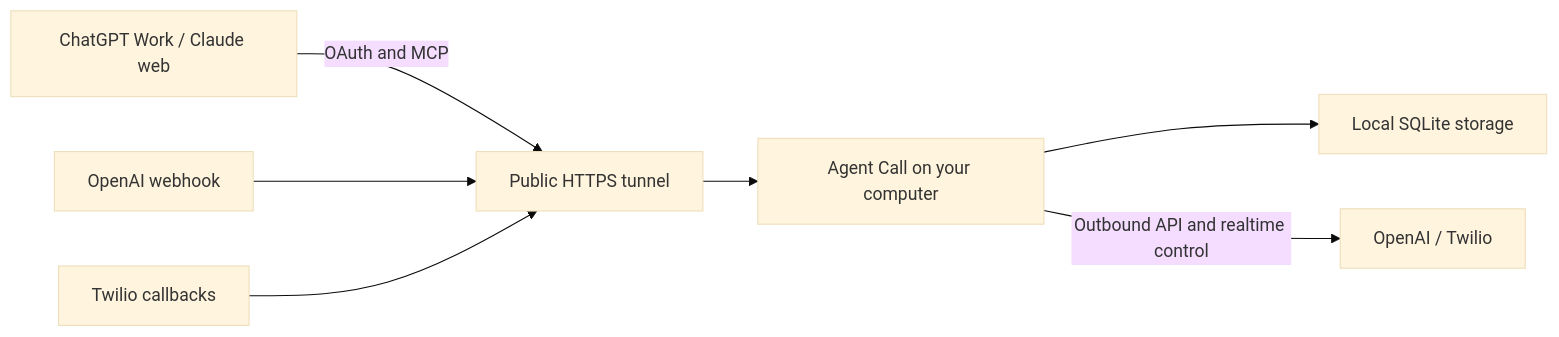
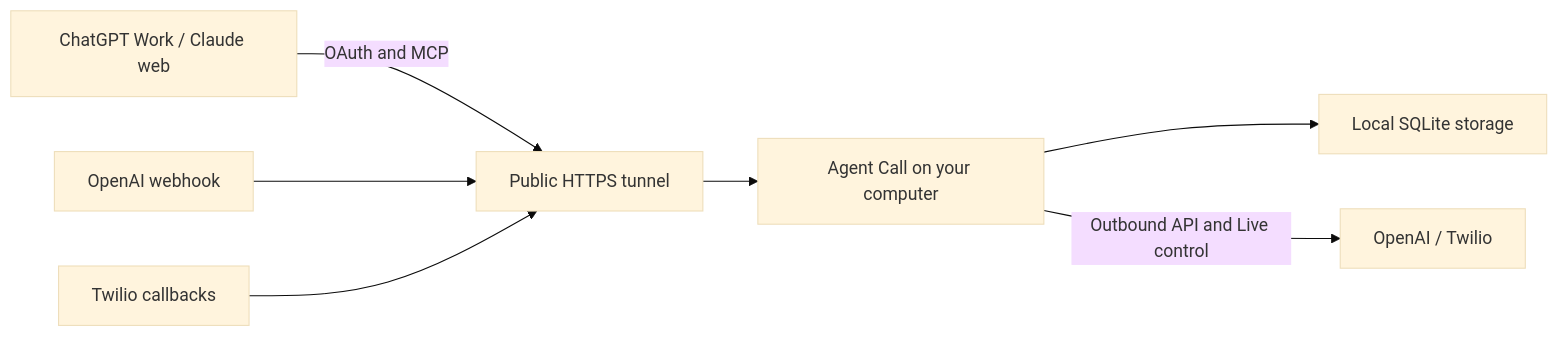
The diagram in docs/local-browser-setup.md (XiyaoWang0519/agent-call), drawn with Mermaid (base theme) before and after one commit. The commit also changed other lines of this file and 59 other files, not shown here.

````diff
--- a/docs/local-browser-setup.md
+++ b/docs/local-browser-setup.md
@@ -18,9 +18,9 @@
 ```mermaid
 flowchart LR
     C[ChatGPT Work / Claude web] -->|OAuth and MCP| T[Public HTTPS tunnel]
     O[OpenAI webhook] --> T
     W[Twilio callbacks] --> T
     T --> L[Agent Call on your computer]
     L --> D[Local SQLite storage]
-    L -->|Outbound API and realtime control| P[OpenAI / Twilio]
+    L -->|Outbound API and Live control| P[OpenAI / Twilio]
 ```
````
